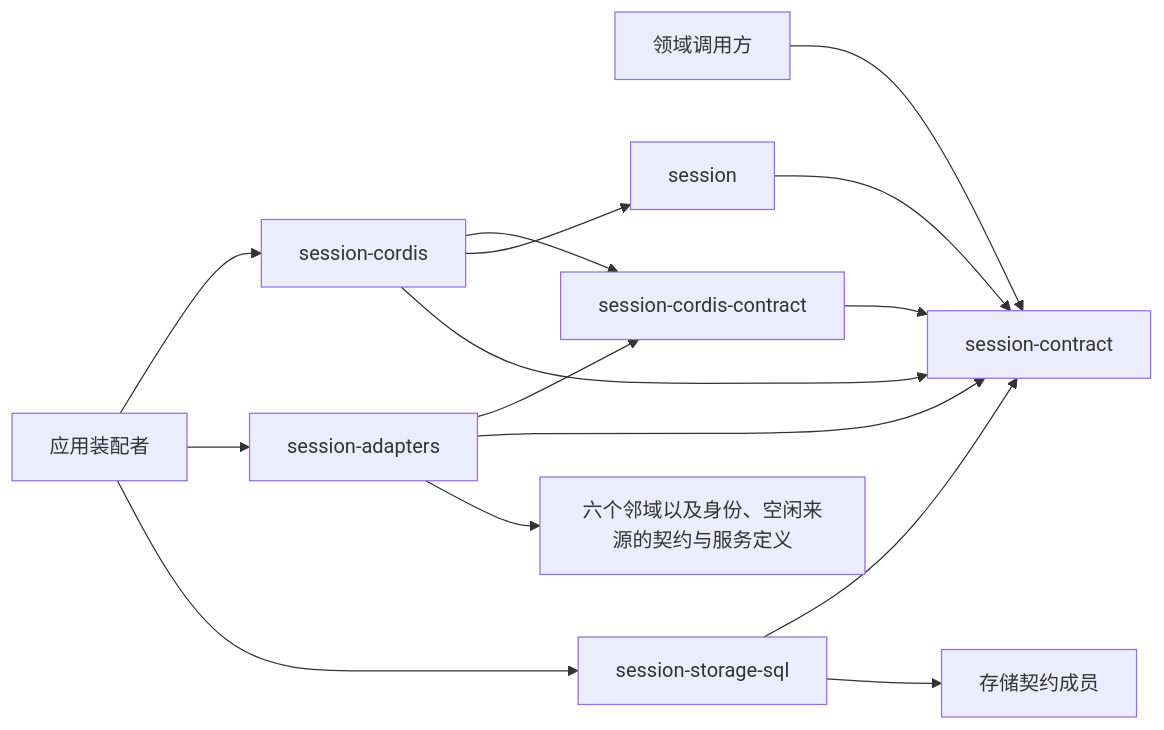
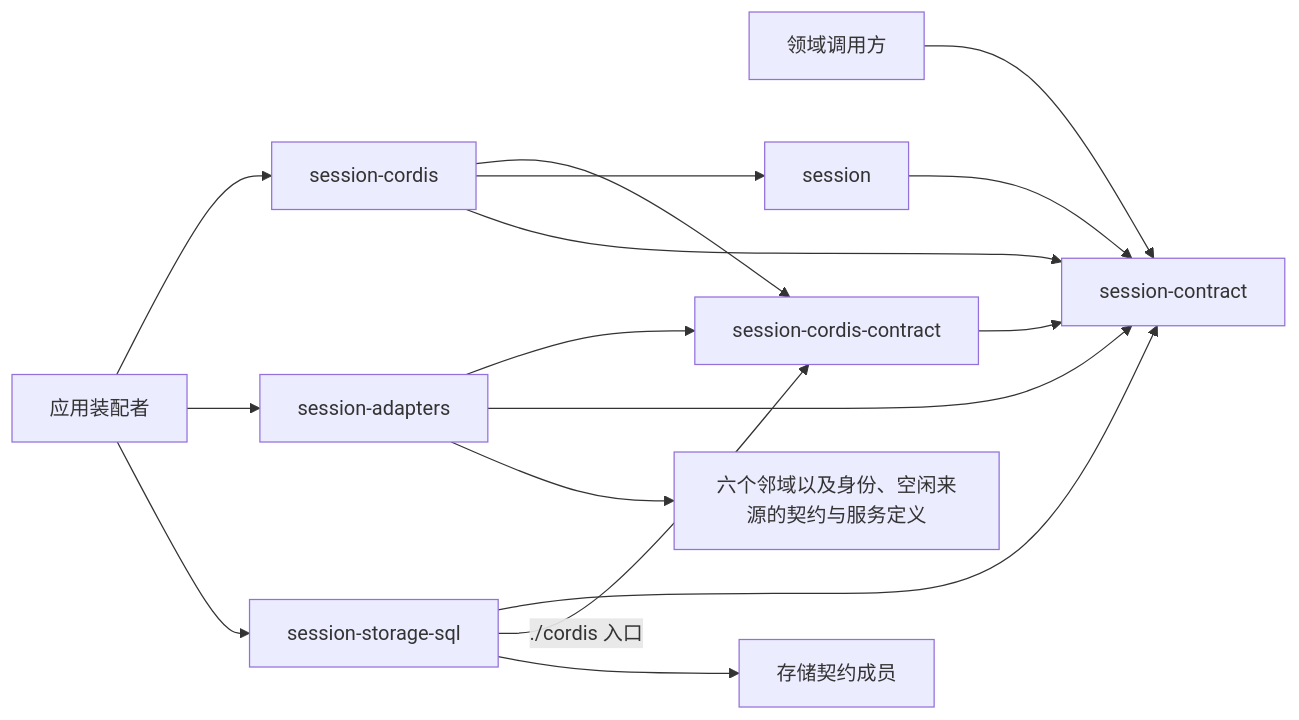
Before and after one commit to nemori-ai/omne-harness-lite: the diagram in packages/session/docs/architecture.md, drawn with Mermaid.

Commit message:
docs(session): 组根依赖图补存储成员到服务定义的边
关联任务卡 #580。session-storage-sql 的 ./cordis 入口按服务定义提供事务端口，图上补这一条依赖。

Harness: claude-code
Agent-Role: main

````diff
--- a/packages/session/docs/architecture.md
+++ b/packages/session/docs/architecture.md
@@ -13,17 +13,18 @@
 ```mermaid
 flowchart LR
   Consumer[领域调用方] --> Contract[session-contract]
   Definitions[session-cordis-contract] --> Contract
   Implementation[session] --> Contract
   Provider[session-cordis] --> Definitions
   Provider --> Implementation
   Provider --> Contract
   Adapters[session-adapters] --> Definitions
   Adapters --> Contract
   Adapters --> Neighbors[六个邻域以及身份、空闲来源的契约与服务定义]
   Storage[session-storage-sql] --> Contract
+  Storage -->|./cordis 入口| Definitions
   Storage --> StorageContract[存储契约成员]
   App[应用装配者] --> Provider
   App --> Adapters
   App --> Storage
 ```
````
